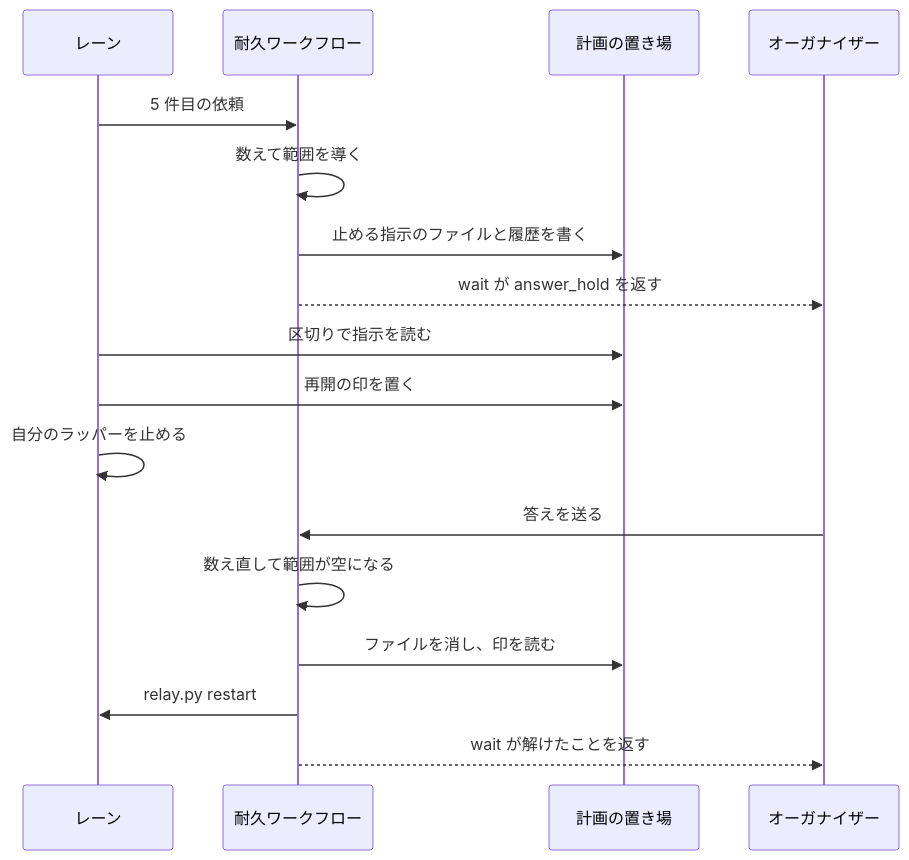
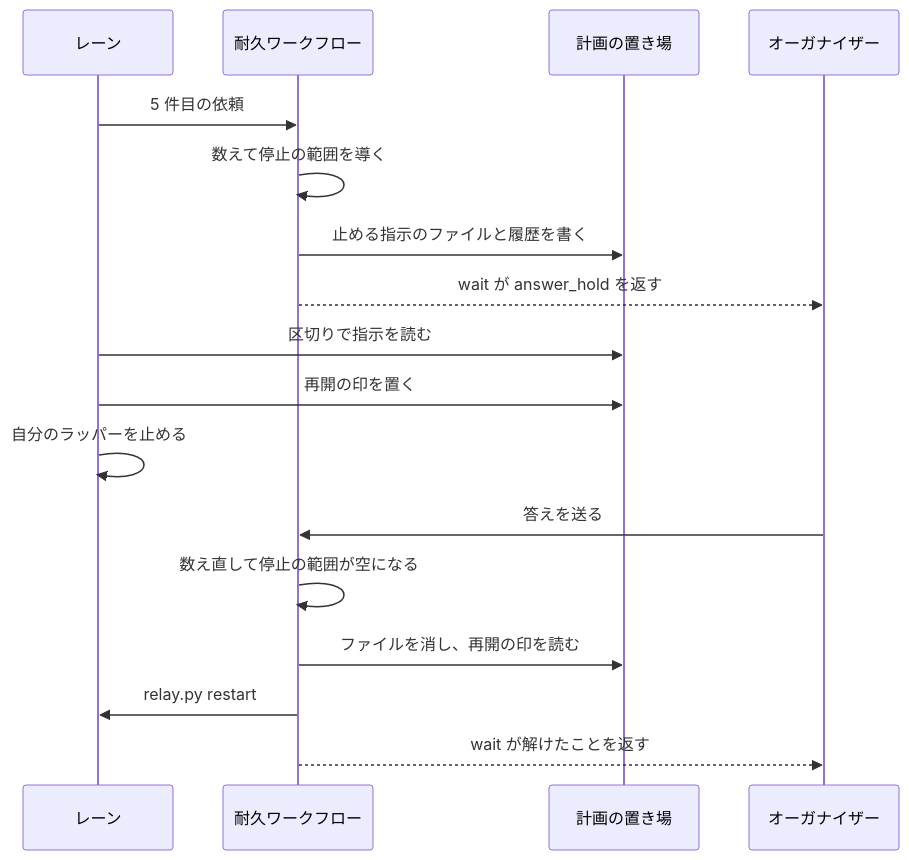
One commit to devbasex/ai-plugins changed the fourth of 5 diagrams in issues/issue-2707-design.md. Above: the diagram before and after it, drawn with Mermaid. The commit also changed other lines of this file and 1 other file, not shown here.

````diff
--- a/issues/issue-2707-design.md
+++ b/issues/issue-2707-design.md
@@ -287,19 +315,19 @@
 ```mermaid
 sequenceDiagram
     participant L as レーン
     participant W as 耐久ワークフロー
     participant F as 計画の置き場
     participant O as オーガナイザー
     L->>W: 5 件目の依頼
-    W->>W: 数えて範囲を導く
+    W->>W: 数えて停止の範囲を導く
     W->>F: 止める指示のファイルと履歴を書く
     W-->>O: wait が answer_hold を返す
     L->>F: 区切りで指示を読む
     L->>F: 再開の印を置く
     L->>L: 自分のラッパーを止める
     O->>W: 答えを送る
-    W->>W: 数え直して範囲が空になる
-    W->>F: ファイルを消し、印を読む
+    W->>W: 数え直して停止の範囲が空になる
+    W->>F: ファイルを消し、再開の印を読む
     W->>L: relay.py restart
     W-->>O: wait が解けたことを返す
 ```
````
